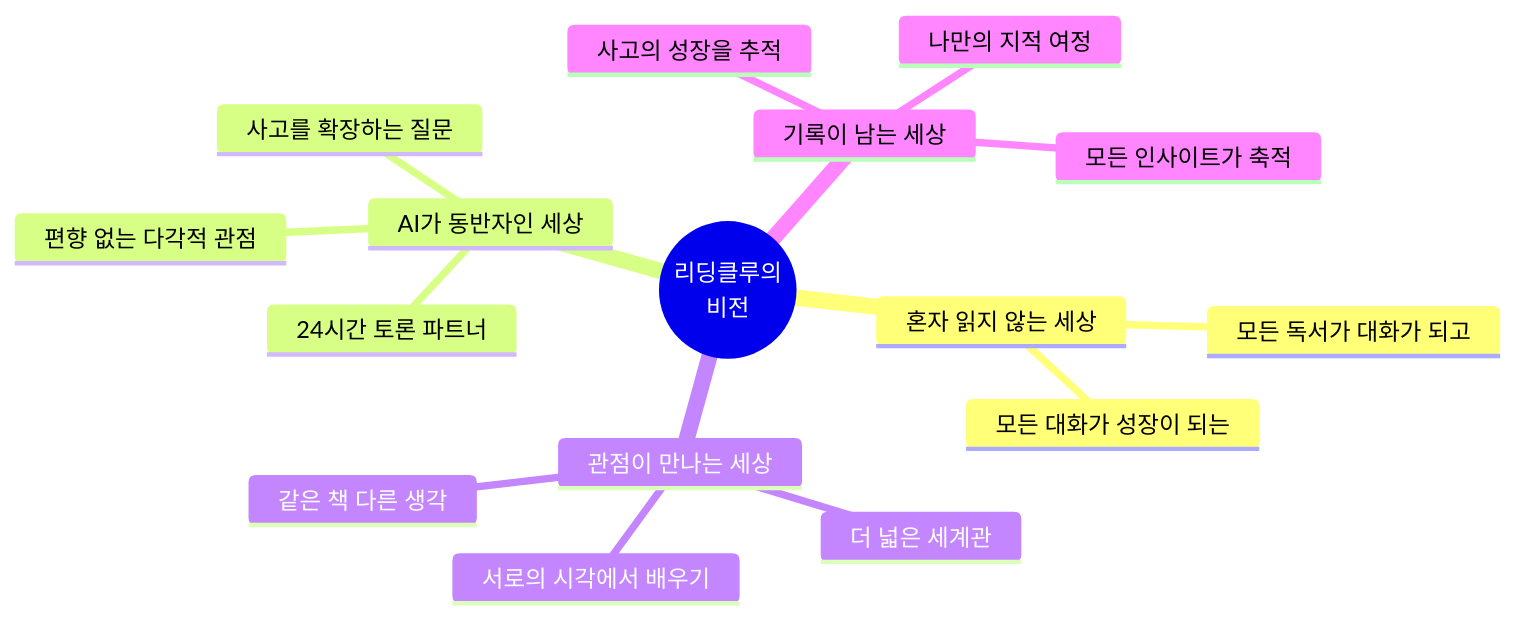
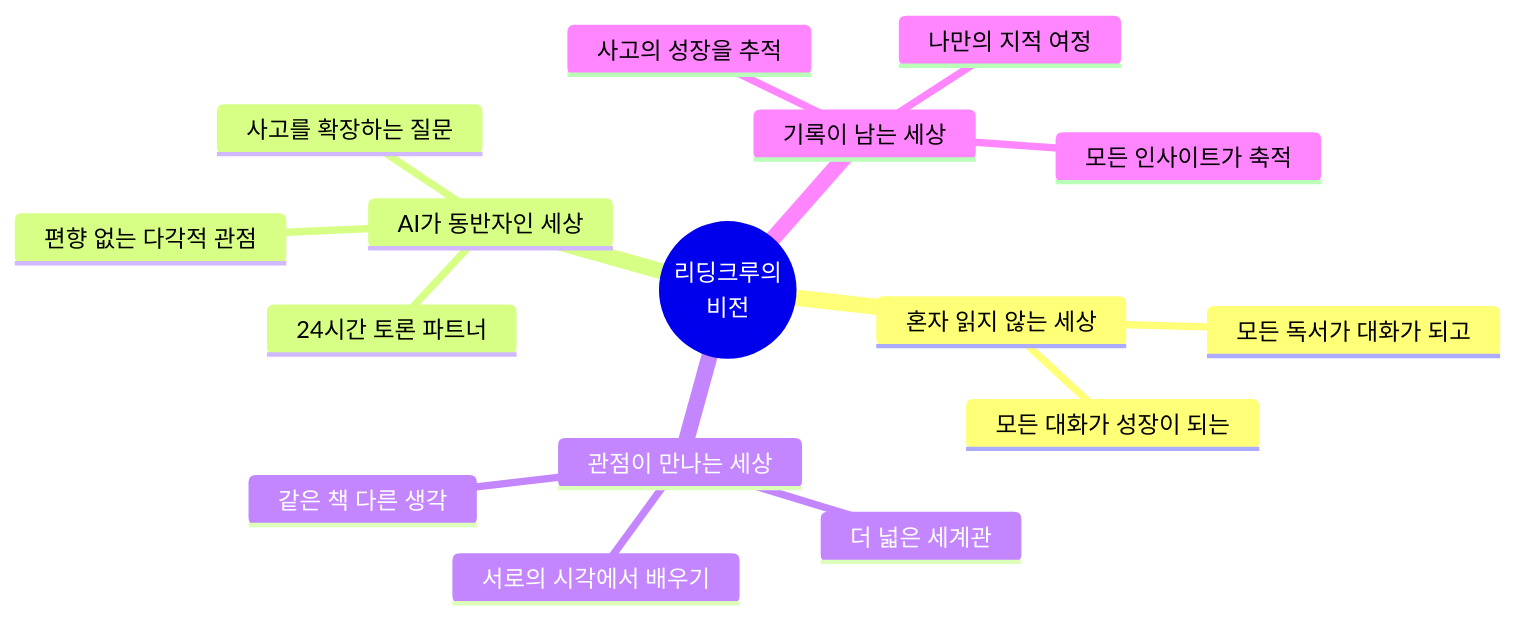
One commit to Collegenie-X/ReadingClueProject changed diagram 29 of 29 in 아이디어/1단계- AI_독서대화_앱_기획_가이드.md. Above: the diagram before and after it, drawn with Mermaid. The commit also changed other lines of this file and 9 other files, not shown here.

````diff
--- a/아이디어/1단계- AI_독서대화_앱_기획_가이드.md
+++ b/아이디어/1단계- AI_독서대화_앱_기획_가이드.md
@@ -1790,19 +1790,19 @@
 ```mermaid
 mindmap
-  root((리딩클루의<br/>비전))
+  root((리딩크루의<br/>비전))
     혼자 읽지 않는 세상
       모든 독서가 대화가 되고
       모든 대화가 성장이 되는
     AI가 동반자인 세상
       24시간 토론 파트너
       사고를 확장하는 질문
       편향 없는 다각적 관점
     관점이 만나는 세상
       같은 책 다른 생각
       서로의 시각에서 배우기
       더 넓은 세계관
     기록이 남는 세상
       모든 인사이트가 축적
       사고의 성장을 추적
       나만의 지적 여정
 ```
````
